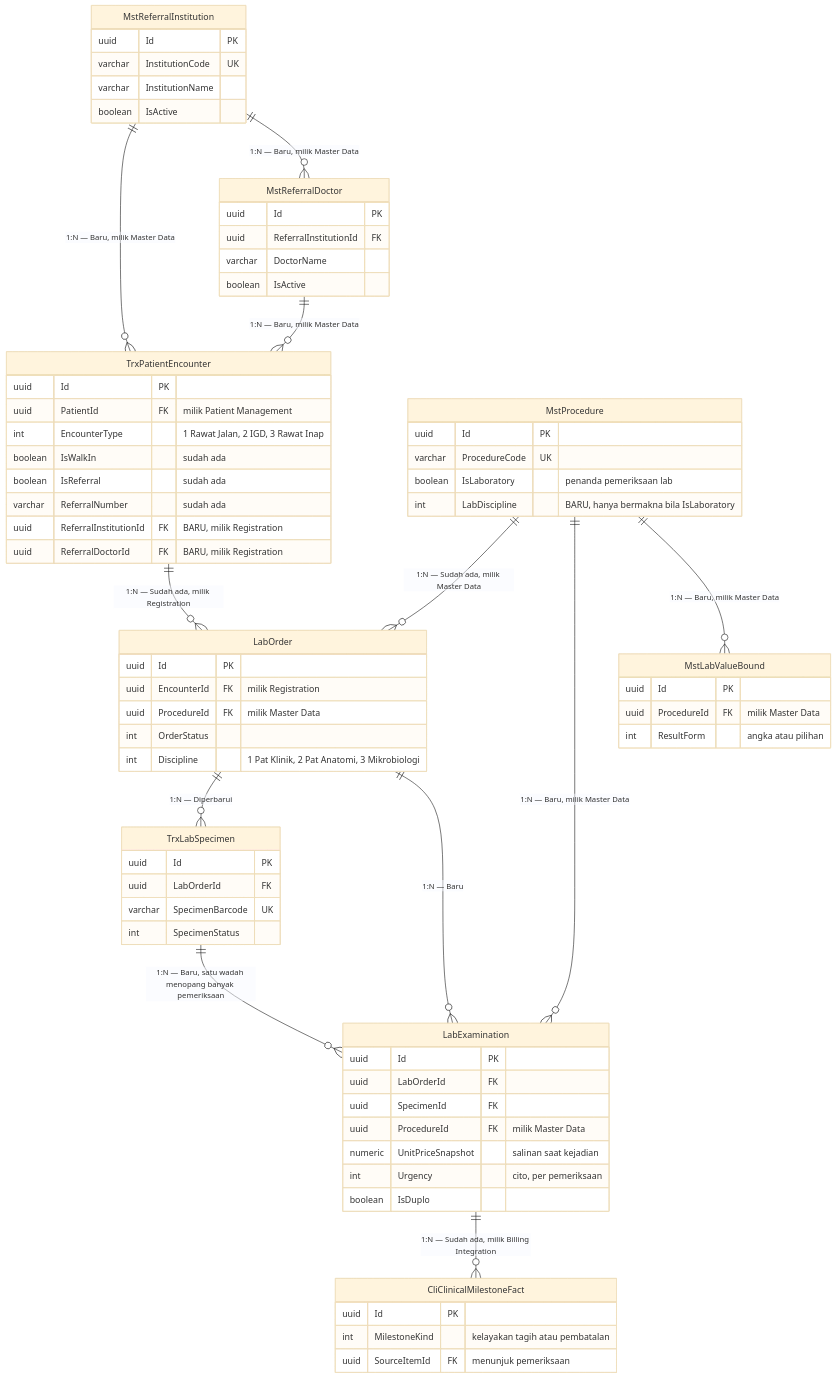
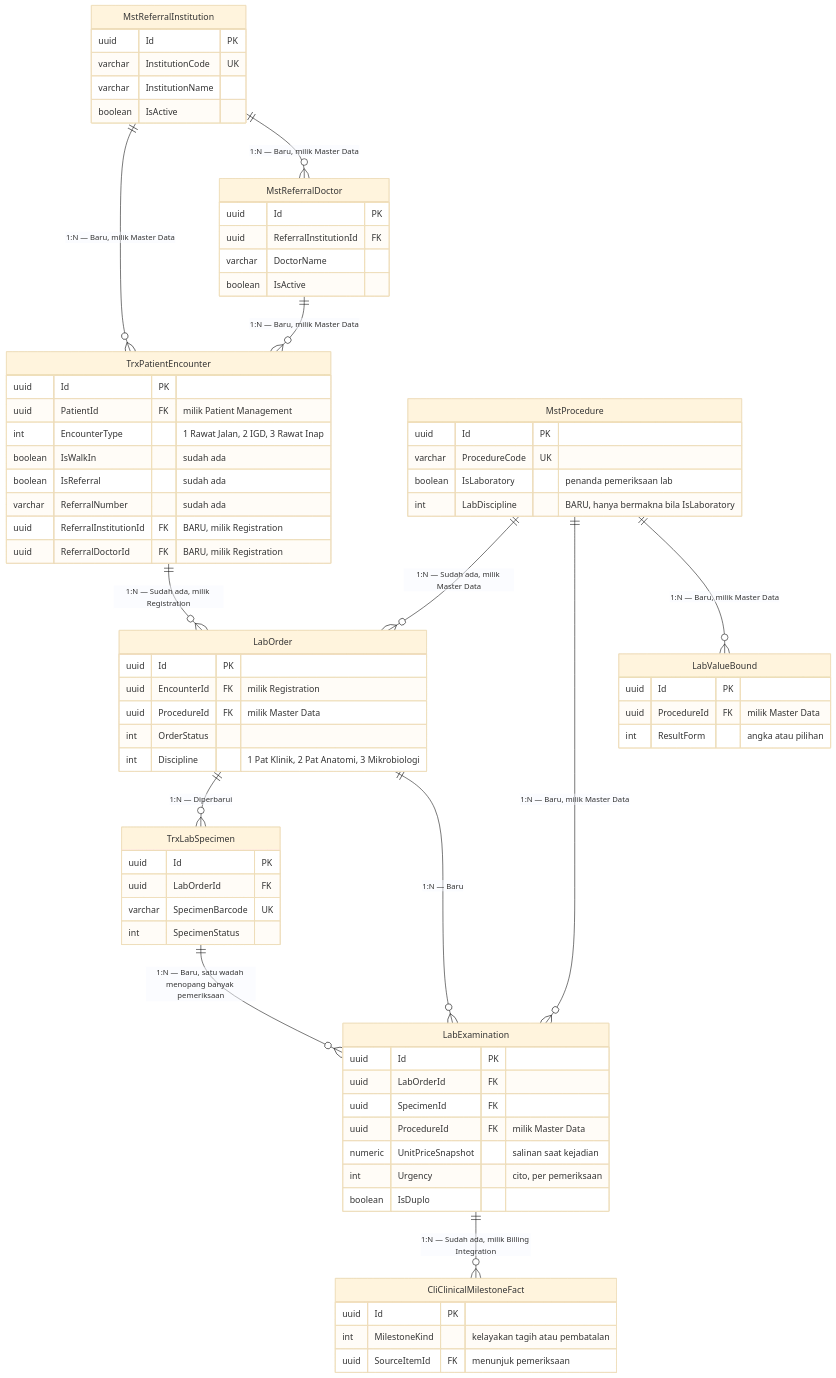
One commit to DevBenari/NewQuilvianSystemBackend changed the diagram in docs/module-blueprints/laboratorium/erd/00-context-erd.md. Above: the diagram before and after it, drawn with Mermaid (base theme). The commit also changed other lines of this file and 20 other files, not shown here.

````diff
--- a/docs/module-blueprints/laboratorium/erd/00-context-erd.md
+++ b/docs/module-blueprints/laboratorium/erd/00-context-erd.md
@@ -18,75 +18,75 @@
 ```mermaid
 erDiagram
     TrxPatientEncounter {
         uuid Id PK
         uuid PatientId FK "milik Patient Management"
         int EncounterType "1 Rawat Jalan, 2 IGD, 3 Rawat Inap"
         boolean IsWalkIn "sudah ada"
         boolean IsReferral "sudah ada"
         varchar ReferralNumber "sudah ada"
         uuid ReferralInstitutionId FK "BARU, milik Registration"
         uuid ReferralDoctorId FK "BARU, milik Registration"
     }
     MstProcedure {
         uuid Id PK
         varchar ProcedureCode UK
         boolean IsLaboratory "penanda pemeriksaan lab"
         int LabDiscipline "BARU, hanya bermakna bila IsLaboratory"
     }
     MstReferralInstitution {
         uuid Id PK
         varchar InstitutionCode UK
         varchar InstitutionName
         boolean IsActive
     }
     MstReferralDoctor {
         uuid Id PK
         uuid ReferralInstitutionId FK
         varchar DoctorName
         boolean IsActive
     }
     LabOrder {
         uuid Id PK
         uuid EncounterId FK "milik Registration"
         uuid ProcedureId FK "milik Master Data"
         int OrderStatus
         int Discipline "1 Pat Klinik, 2 Pat Anatomi, 3 Mikrobiologi"
     }
     TrxLabSpecimen {
         uuid Id PK
         uuid LabOrderId FK
         varchar SpecimenBarcode UK
         int SpecimenStatus
     }
     LabExamination {
         uuid Id PK
         uuid LabOrderId FK
         uuid SpecimenId FK
         uuid ProcedureId FK "milik Master Data"
         numeric UnitPriceSnapshot "salinan saat kejadian"
         int Urgency "cito, per pemeriksaan"
         boolean IsDuplo
     }
-    MstLabValueBound {
+    LabValueBound {
         uuid Id PK
         uuid ProcedureId FK "milik Master Data"
         int ResultForm "angka atau pilihan"
     }
     CliClinicalMilestoneFact {
         uuid Id PK
         int MilestoneKind "kelayakan tagih atau pembatalan"
         uuid SourceItemId FK "menunjuk pemeriksaan"
     }
 
     TrxPatientEncounter ||--o{ LabOrder : "1:N — Sudah ada, milik Registration"
     MstReferralInstitution ||--o{ TrxPatientEncounter : "1:N — Baru, milik Master Data"
     MstReferralInstitution ||--o{ MstReferralDoctor : "1:N — Baru, milik Master Data"
     MstReferralDoctor ||--o{ TrxPatientEncounter : "1:N — Baru, milik Master Data"
     MstProcedure ||--o{ LabOrder : "1:N — Sudah ada, milik Master Data"
     MstProcedure ||--o{ LabExamination : "1:N — Baru, milik Master Data"
-    MstProcedure ||--o{ MstLabValueBound : "1:N — Baru, milik Master Data"
+    MstProcedure ||--o{ LabValueBound : "1:N — Baru, milik Master Data"
     LabOrder ||--o{ TrxLabSpecimen : "1:N — Diperbarui"
     LabOrder ||--o{ LabExamination : "1:N — Baru"
     TrxLabSpecimen ||--o{ LabExamination : "1:N — Baru, satu wadah menopang banyak pemeriksaan"
     LabExamination ||--o{ CliClinicalMilestoneFact : "1:N — Sudah ada, milik Billing Integration"
 ```
````
